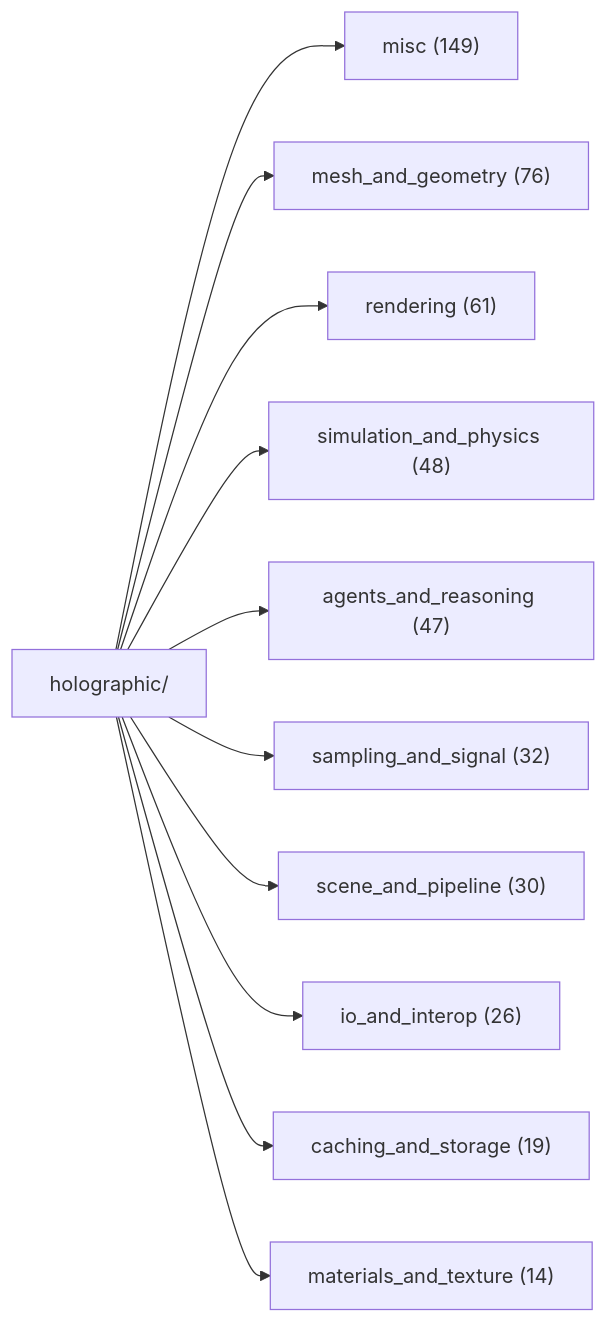
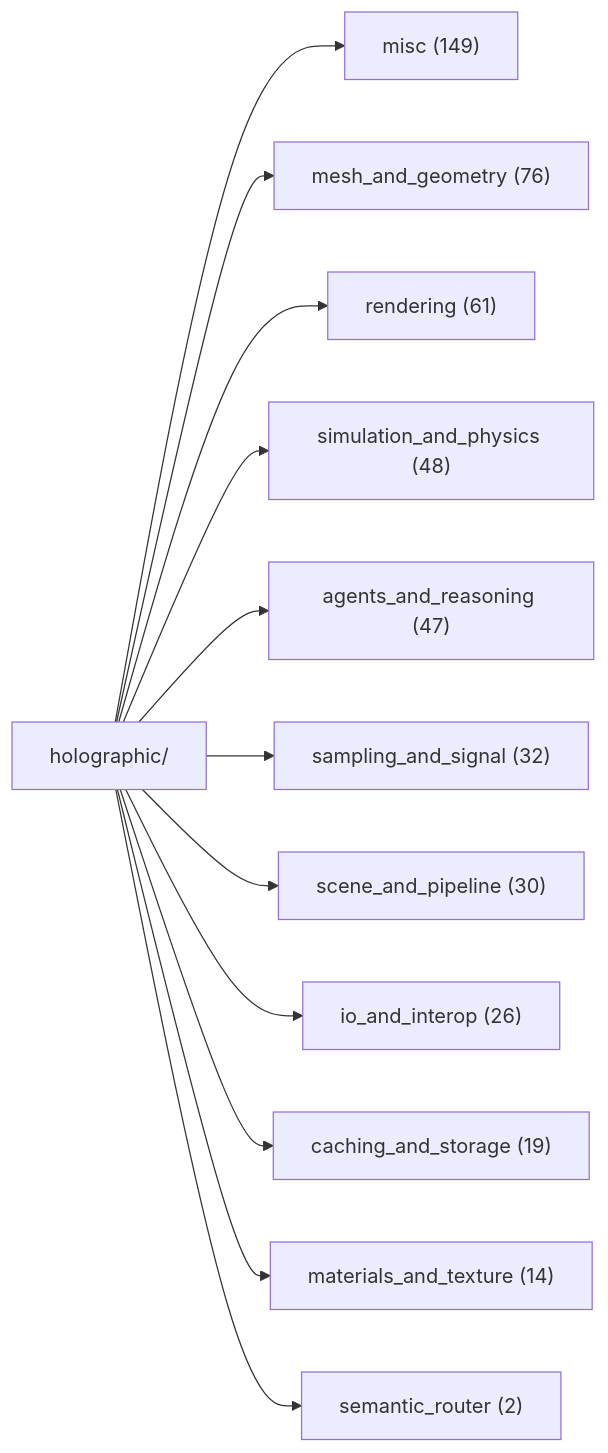
The first of 2 diagrams in docs/DOC_MAP.md (AnOversizedMooseWithSocks/leCore), drawn with Mermaid before and after one commit. The commit also changed other lines of this file and 2 other files, not shown here.

````diff
--- a/docs/DOC_MAP.md
+++ b/docs/DOC_MAP.md
@@ -22,14 +22,15 @@
 ```mermaid
 graph LR
     H[holographic/]
     H --> misc["misc (149)"]
     H --> mesh["mesh_and_geometry (76)"]
     H --> rend["rendering (61)"]
     H --> simu["simulation_and_physics (48)"]
     H --> agen["agents_and_reasoning (47)"]
     H --> samp["sampling_and_signal (32)"]
     H --> scen["scene_and_pipeline (30)"]
     H --> io_a["io_and_interop (26)"]
     H --> cach["caching_and_storage (19)"]
     H --> mate["materials_and_texture (14)"]
+    H --> sema["semantic_router (2)"]
 ```
````
